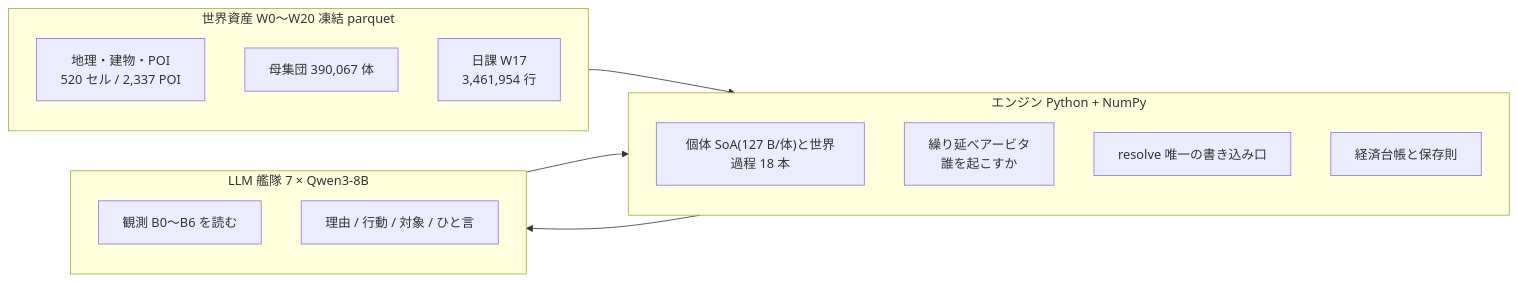
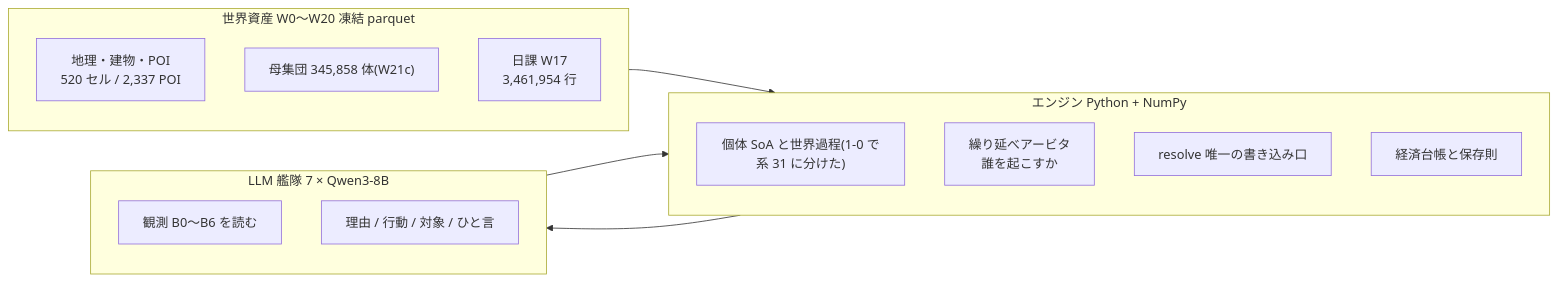
The first of 2 diagrams in README.md (spacedream6090-svg/shibuya-simulation-v2), drawn with Mermaid before and after one commit. The commit also changed other lines of this file and 1 other file, not shown here.

````diff
--- a/README.md
+++ b/README.md
@@ -58,21 +65,21 @@
 ```mermaid
 flowchart LR
   subgraph A["世界資産 W0〜W20 凍結 parquet"]
     A1["地理・建物・POI<br/>520 セル / 2,337 POI"]
-    A2["母集団 390,067 体"]
+    A2["母集団 345,858 体(W21c)"]
     A3["日課 W17<br/>3,461,954 行"]
   end
   subgraph B["エンジン Python + NumPy"]
-    B1["個体 SoA(127 B/体)と世界過程 18 本"]
+    B1["個体 SoA と世界過程(1-0 で系 31 に分けた)"]
     B2["繰り延べアービタ<br/>誰を起こすか"]
     B3["resolve 唯一の書き込み口"]
     B4["経済台帳と保存則"]
   end
   subgraph C["LLM 艦隊 7 × Qwen3-8B"]
     C1["観測 B0〜B6 を読む"]
     C2["理由 / 行動 / 対象 / ひと言"]
   end
   A --> B
   B --> C
   C --> B
 ```
````
